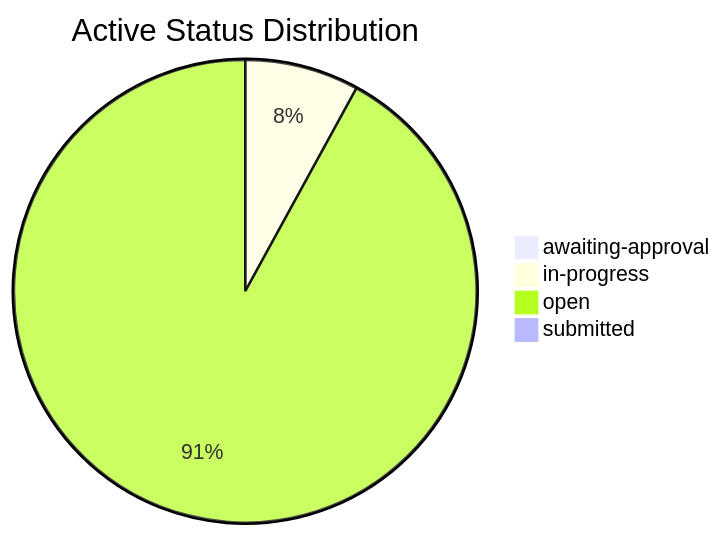
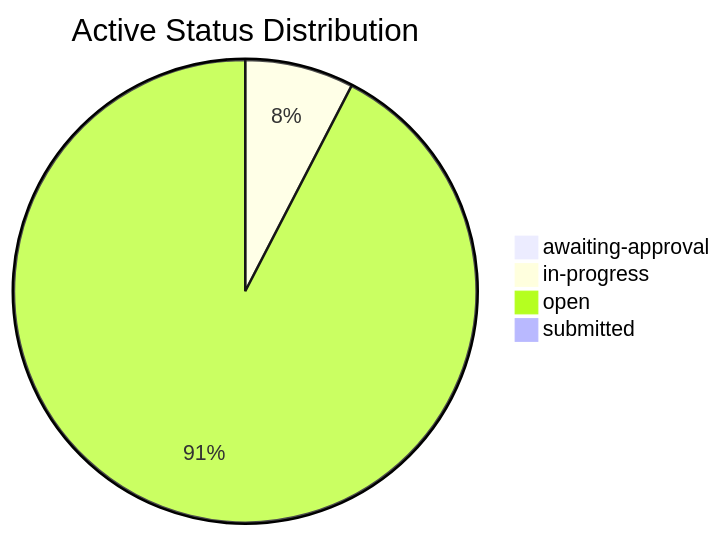
The second of 3 diagrams in dashboard.md (mgosal/5et.uk), drawn with Mermaid before and after one commit. The commit also changed other lines of this file and 3 other files, not shown here.

````diff
--- a/dashboard.md
+++ b/dashboard.md
@@ -343,7 +233,7 @@
 ```mermaid
 pie title Active Status Distribution
     "awaiting-approval" : 1
     "in-progress" : 13
-    "open" : 150
+    "open" : 158
     "submitted" : 1
 ```
````
